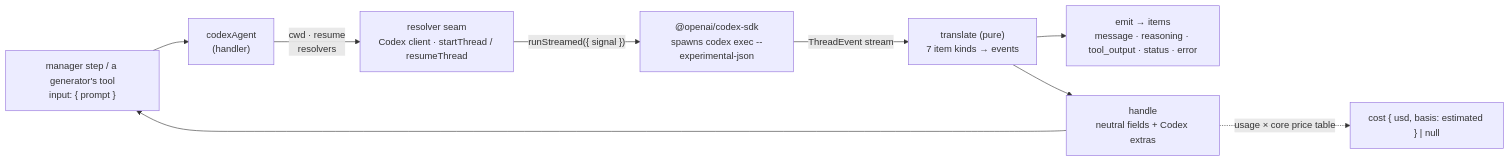
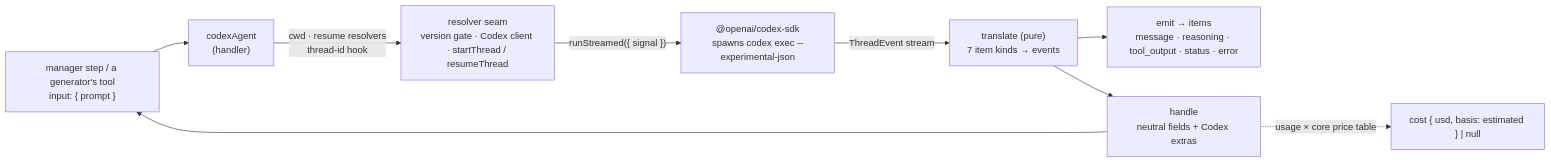
Before and after one commit to fixpoint-labs/flow-state-dev: the diagram in spec/LAB-153.md, drawn with Mermaid. The commit also changed other lines of this file, not shown here.

First line of the commit message:
spec(LAB-153): round-1 review fold — enforce the SDK pin, thread id durable before any throw

````diff
--- a/spec/LAB-153.md
+++ b/spec/LAB-153.md
@@ -171,11 +183,11 @@
 ```mermaid
 flowchart LR
   MGR["manager step / a generator's tool<br/>input: { prompt }"] --> B["codexAgent<br/>(handler)"]
-  B -->|"cwd · resume<br/>resolvers"| R["resolver seam<br/>Codex client · startThread / resumeThread"]
+  B -->|"cwd · resume resolvers<br/>thread-id hook"| R["resolver seam<br/>version gate · Codex client · startThread / resumeThread"]
   R -->|"runStreamed({ signal })"| SDK["@openai/codex-sdk<br/>spawns codex exec --experimental-json"]
   SDK -->|"ThreadEvent stream"| T["translate (pure)<br/>7 item kinds → events"]
   T --> E["emit → items<br/>message · reasoning · tool_output · status · error"]
   T --> H["handle<br/>neutral fields + Codex extras"]
   H --> MGR
   H -.->|"usage × core price table"| C["cost { usd, basis: estimated } | null"]
 ```
````
